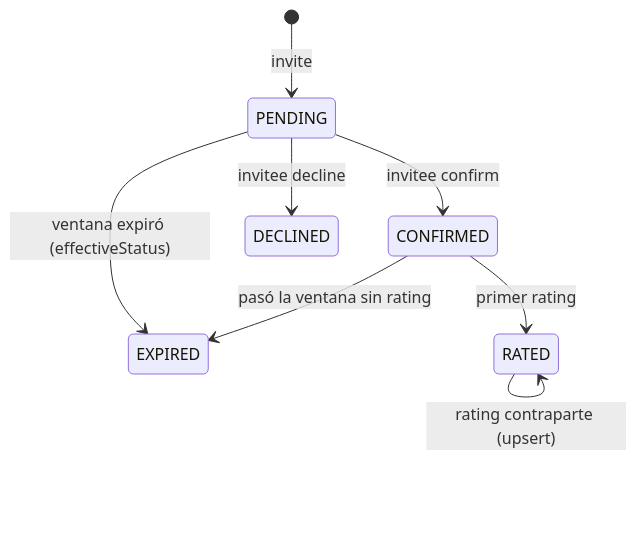
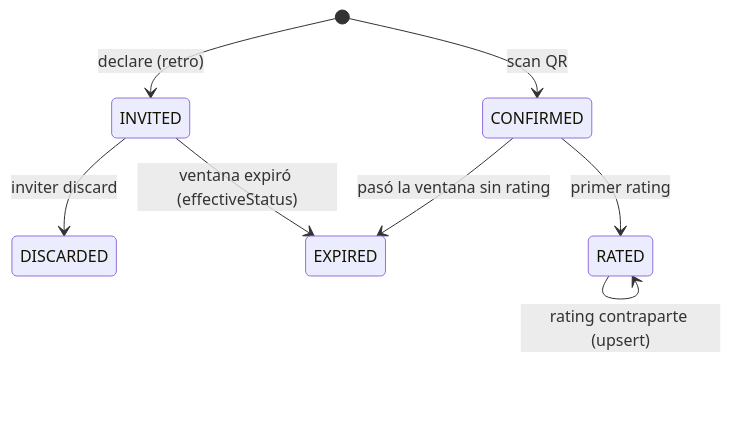
The third of 31 diagrams in docs/flows.md (EduardoSalasG/omnidance), drawn with Mermaid before and after one commit. The commit also changed other lines of this file and 29 other files, not shown here.

````diff
--- a/docs/flows.md
+++ b/docs/flows.md
@@ -53,10 +56,10 @@
 ```mermaid
 stateDiagram-v2
-    [*] --> PENDING: invite
-    PENDING --> CONFIRMED: invitee confirm
-    PENDING --> DECLINED: invitee decline
-    PENDING --> EXPIRED: ventana expiró (effectiveStatus)
+    [*] --> CONFIRMED: scan QR
+    [*] --> INVITED: declare (retro)
+    INVITED --> DISCARDED: inviter discard
+    INVITED --> EXPIRED: ventana expiró (effectiveStatus)
     CONFIRMED --> RATED: primer rating
     RATED --> RATED: rating contraparte (upsert)
     CONFIRMED --> EXPIRED: pasó la ventana sin rating
 ```
````
